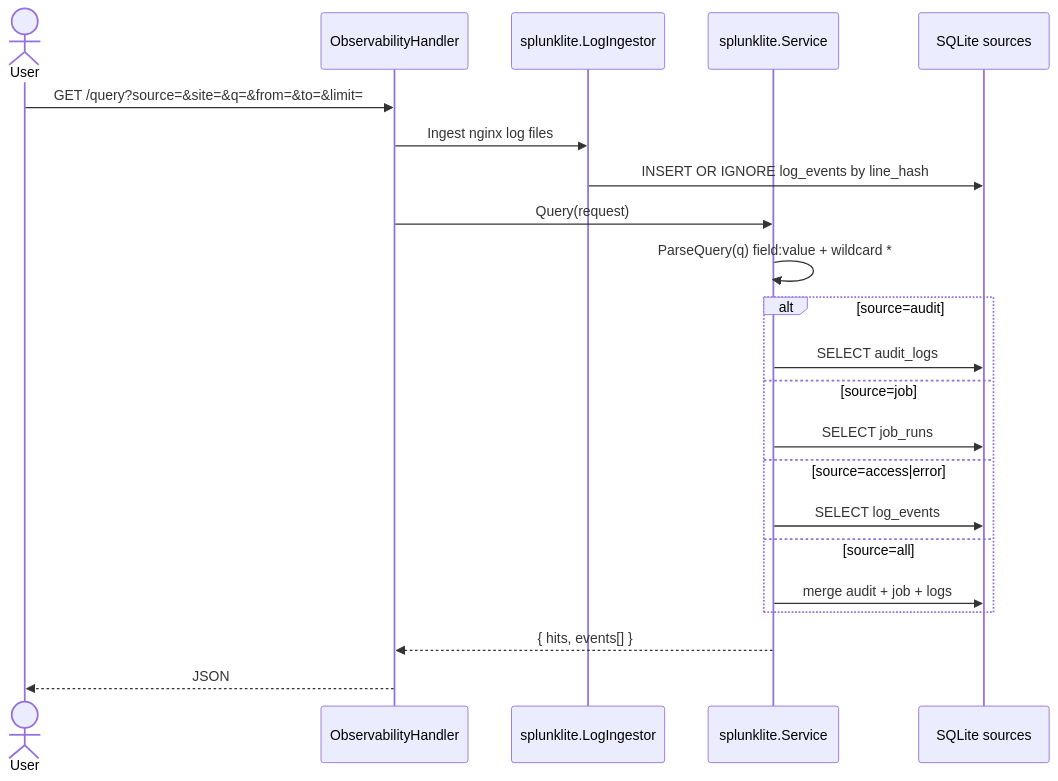
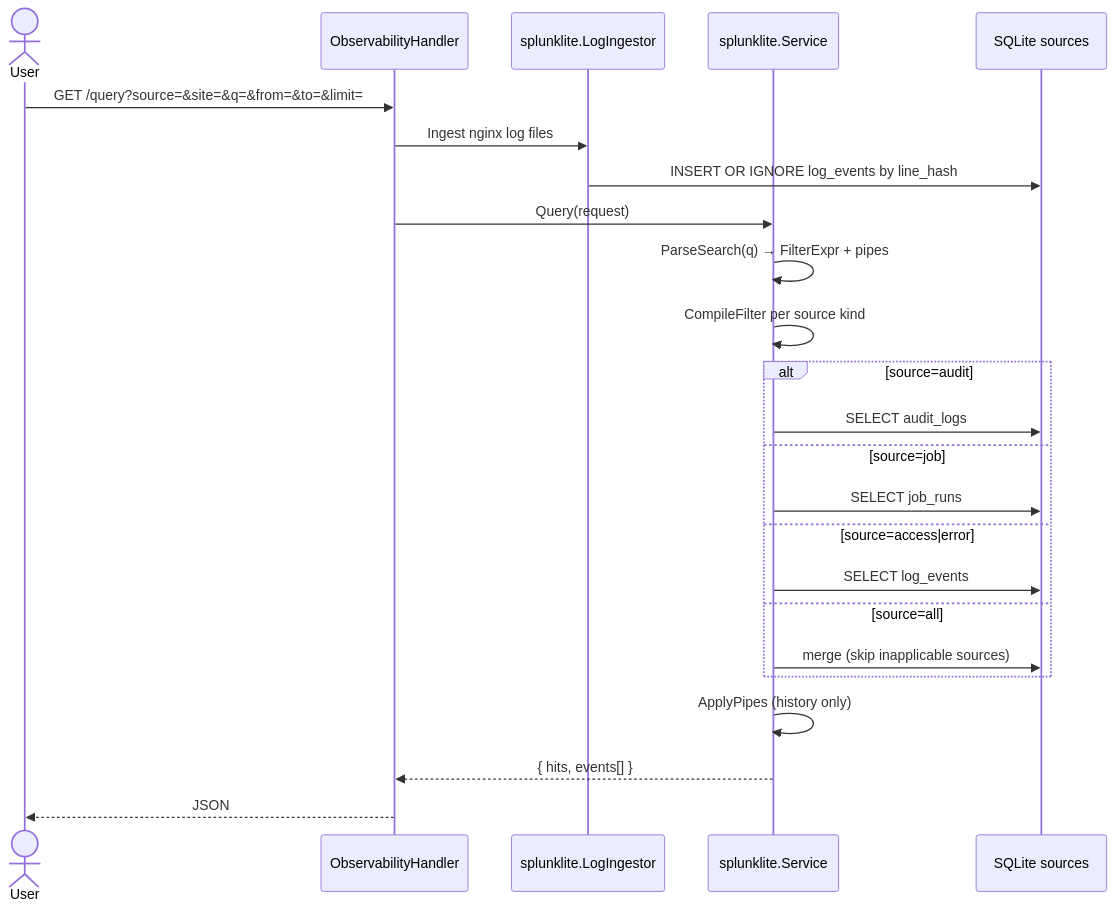
Before and after one commit to jahrulnr/GoSite: the third of 3 diagrams in docs/sequences/17-splunk-lite.md, drawn with Mermaid. The commit also changed other lines of this file and 30 other files, not shown here.

````diff
--- a/docs/sequences/17-splunk-lite.md
+++ b/docs/sequences/17-splunk-lite.md
@@ -57,25 +61,27 @@
 ```mermaid
 sequenceDiagram
     actor User
     participant H as ObservabilityHandler
     participant I as splunklite.LogIngestor
     participant S as splunklite.Service
     participant DB as SQLite sources
 
     User->>H: GET /query?source=&site=&q=&from=&to=&limit=
     H->>I: Ingest nginx log files
     I->>DB: INSERT OR IGNORE log_events by line_hash
     H->>S: Query(request)
-    S->>S: ParseQuery(q) field:value + wildcard *
+    S->>S: ParseSearch(q) → FilterExpr + pipes
+    S->>S: CompileFilter per source kind
     alt source=audit
         S->>DB: SELECT audit_logs
     else source=job
         S->>DB: SELECT job_runs
     else source=access|error
         S->>DB: SELECT log_events
     else source=all
-        S->>DB: merge audit + job + logs
+        S->>DB: merge (skip inapplicable sources)
     end
+    S->>S: ApplyPipes (history only)
     S-->>H: { hits, events[] }
     H-->>User: JSON
 ```
````
